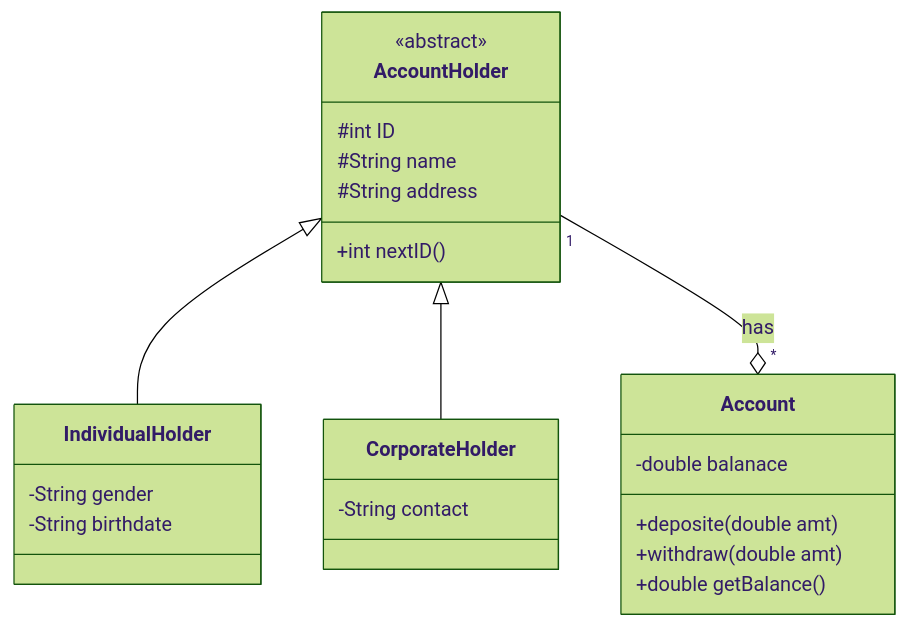
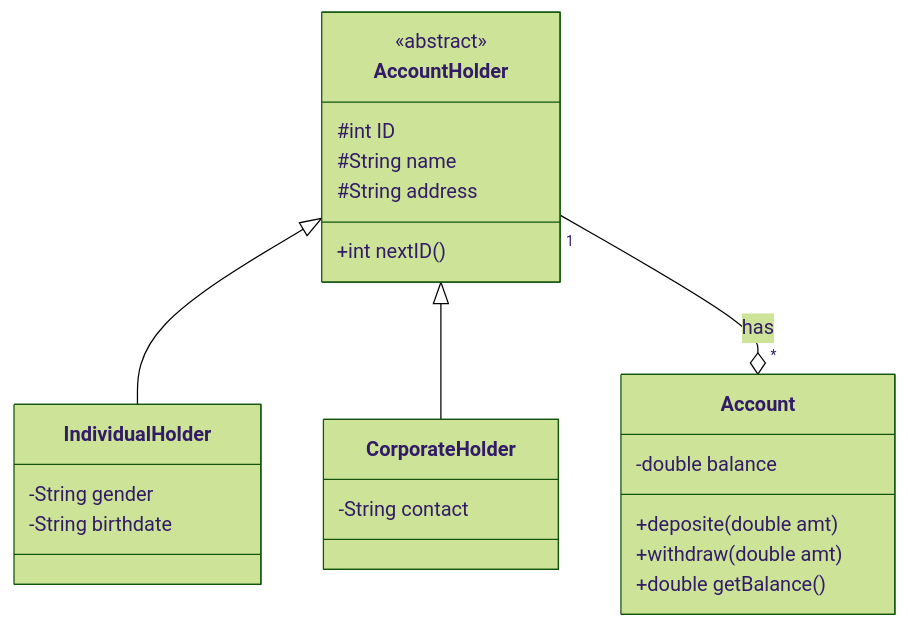
Before and after one commit to masrajha/pbo-project: the first of 3 diagrams in About.md, drawn with Mermaid (forest theme). The commit also changed other lines of this file and 3 other files, not shown here.

Commit message:
Redesign  Diagram for JavaFX and Database

````diff
--- a/About.md
+++ b/About.md
@@ -8,29 +8,29 @@
 ```mermaid
 classDiagram
     AccountHolder <|-- IndividualHolder
     AccountHolder <|-- CorporateHolder
     AccountHolder "1"--o"*" Account : has
     
     class AccountHolder{
       <<abstract>>
       #int ID
       #String name
       #String address
       +int nextID()
     }
     
     class IndividualHolder{
       -String gender
       -String birthdate
     }
     class CorporateHolder{
       -String contact
     }
     class Account{
-      -double balanace
+      -double balance
       +deposite(double amt)
       +withdraw(double amt)
       +double getBalance()
     }
             
 ```
````
